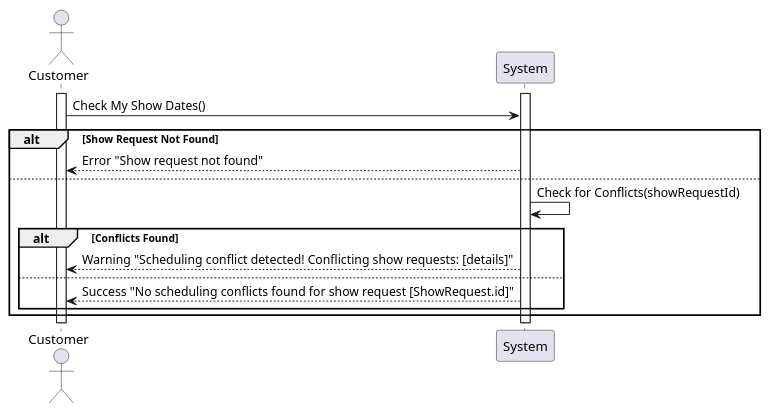
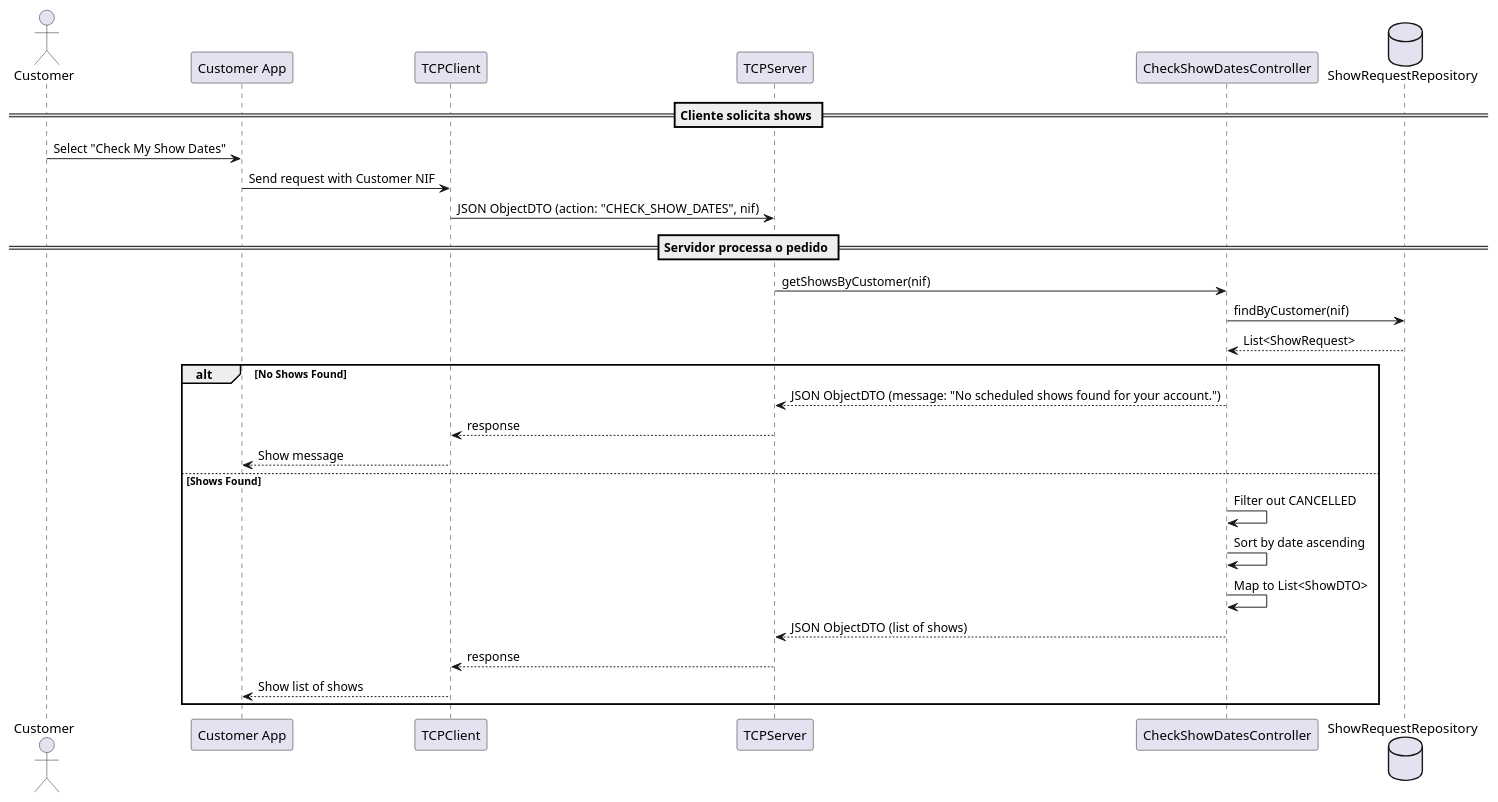
Before and after one commit to SAEmanuel/Shodrone_ISEP: the diagram in docs/planning/sprint3/EAPLI/US372 - Check shows dates (Jorge)/01.requirements-engineering/puml/us372-sequence-diagram.puml, drawn with PlantUML. The commit also changed 7 other files, not shown here.

```diff
--- a/docs/planning/sprint3/EAPLI/US372 - Check shows dates (Jorge)/01.requirements-engineering/puml/us372-sequence-diagram.puml
+++ b/docs/planning/sprint3/EAPLI/US372 - Check shows dates (Jorge)/01.requirements-engineering/puml/us372-sequence-diagram.puml
@@ -1,18 +1,33 @@
 @startuml
 actor "Customer" as Actor
-participant "System" as System
+participant "Customer App" as App
+participant "TCPClient" as Client
+participant "TCPServer" as Server
+participant "CheckShowDatesController" as Controller
+database "ShowRequestRepository" as Repo
 
-activate Actor
-activate System
-Actor -> System: Check My Show Dates()
-alt Show Request Not Found
-    System --> Actor: Error "Show request not found"
-else
-    System -> System: Check for Conflicts(showRequestId)
-    alt Conflicts Found
-        System --> Actor: Warning "Scheduling conflict detected! Conflicting show requests: [details]"
-    else
-        System --> Actor: Success "No scheduling conflicts found for show request [ShowRequest.id]"
-    end
+== Cliente solicita shows ==
+
+Actor -> App : Select "Check My Show Dates"
+App -> Client : Send request with Customer NIF
+Client -> Server : JSON ObjectDTO (action: "CHECK_SHOW_DATES", nif)
+
+== Servidor processa o pedido ==
+
+Server -> Controller : getShowsByCustomer(nif)
+Controller -> Repo : findByCustomer(nif)
+Repo --> Controller : List<ShowRequest>
+
+alt No Shows Found
+    Controller --> Server : JSON ObjectDTO (message: "No scheduled shows found for your account.")
+    Server --> Client : response
+    Client --> App : Show message
+else Shows Found
+    Controller -> Controller : Filter out CANCELLED
+    Controller -> Controller : Sort by date ascending
+    Controller -> Controller : Map to List<ShowDTO>
+    Controller --> Server : JSON ObjectDTO (list of shows)
+    Server --> Client : response
+    Client --> App : Show list of shows
 end
 @enduml
```
